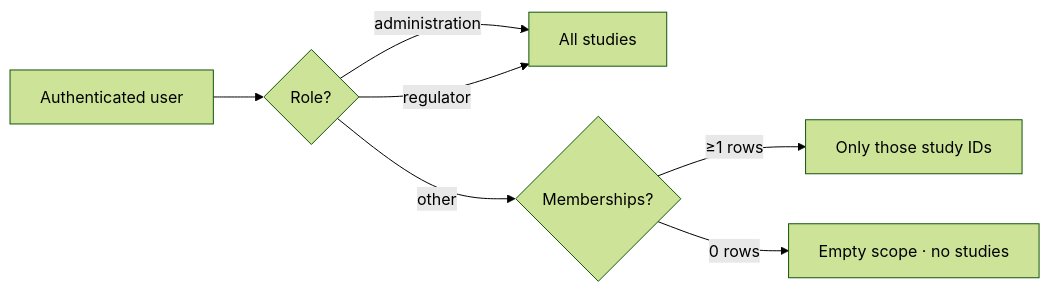
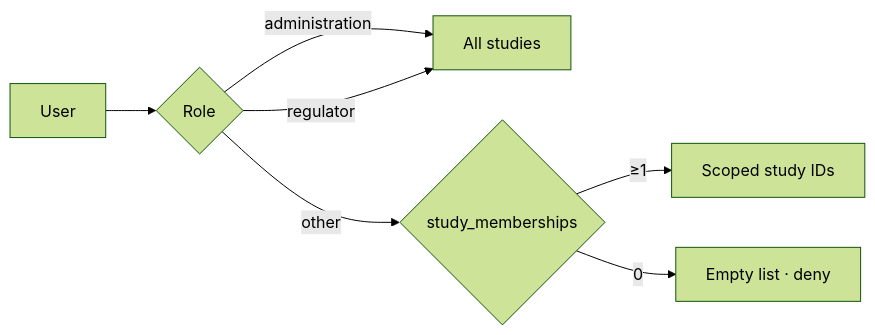
The third of 3 diagrams in README.md (nishant-uxs/vedraya), drawn with Mermaid (forest theme) before and after one commit. The commit also changed other lines of this file, not shown here.

````diff
--- a/README.md
+++ b/README.md
@@ -88,9 +161,9 @@
 ```mermaid
 flowchart LR
-  U[Authenticated user] --> R{Role?}
+  U[User] --> R{Role}
   R -->|administration| ALL[All studies]
   R -->|regulator| ALL
-  R -->|other| M{Memberships?}
-  M -->|≥1 rows| SCOPED[Only those study IDs]
-  M -->|0 rows| DENY[Empty scope · no studies]
+  R -->|other| M{study_memberships}
+  M -->|≥1| S[Scoped study IDs]
+  M -->|0| E[Empty list · deny]
 ```
````
